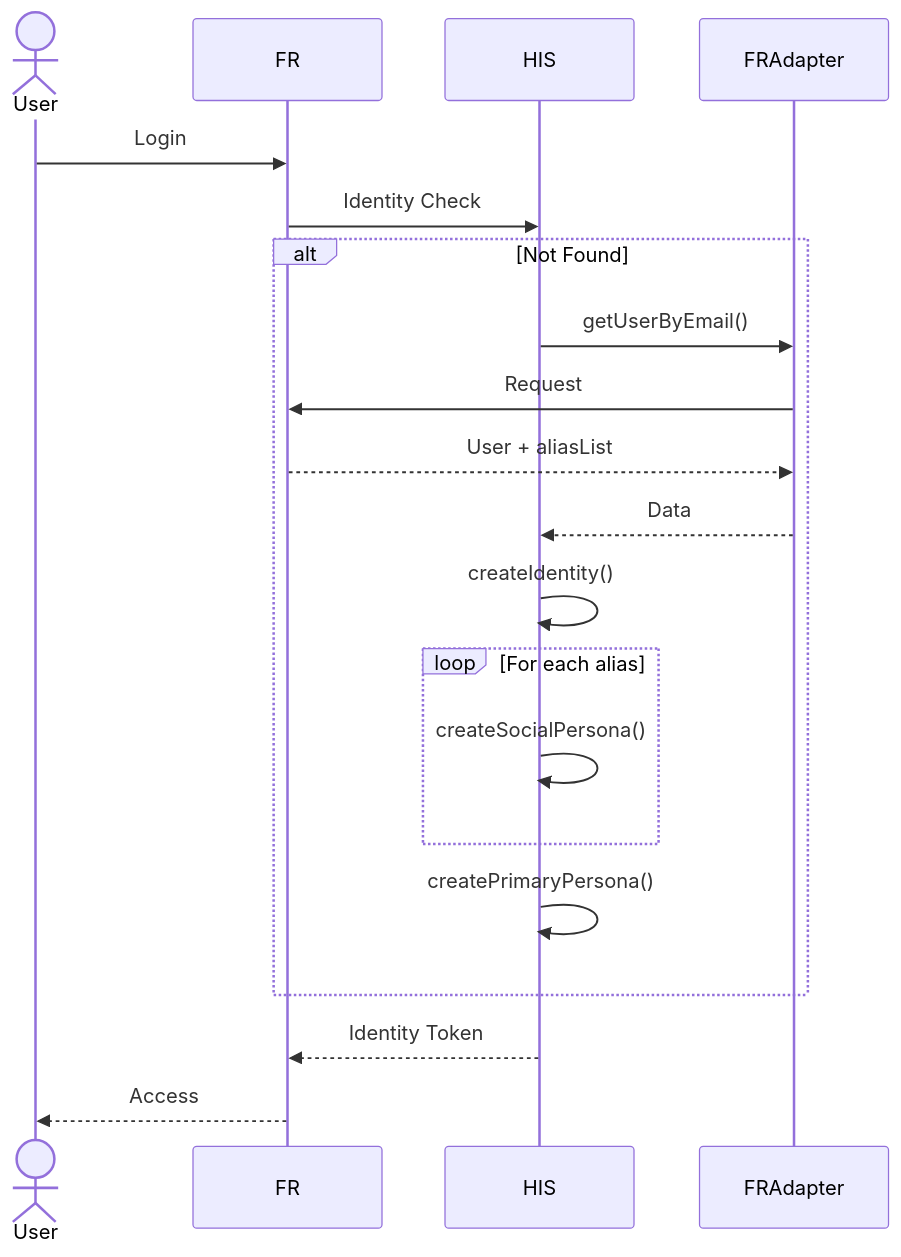
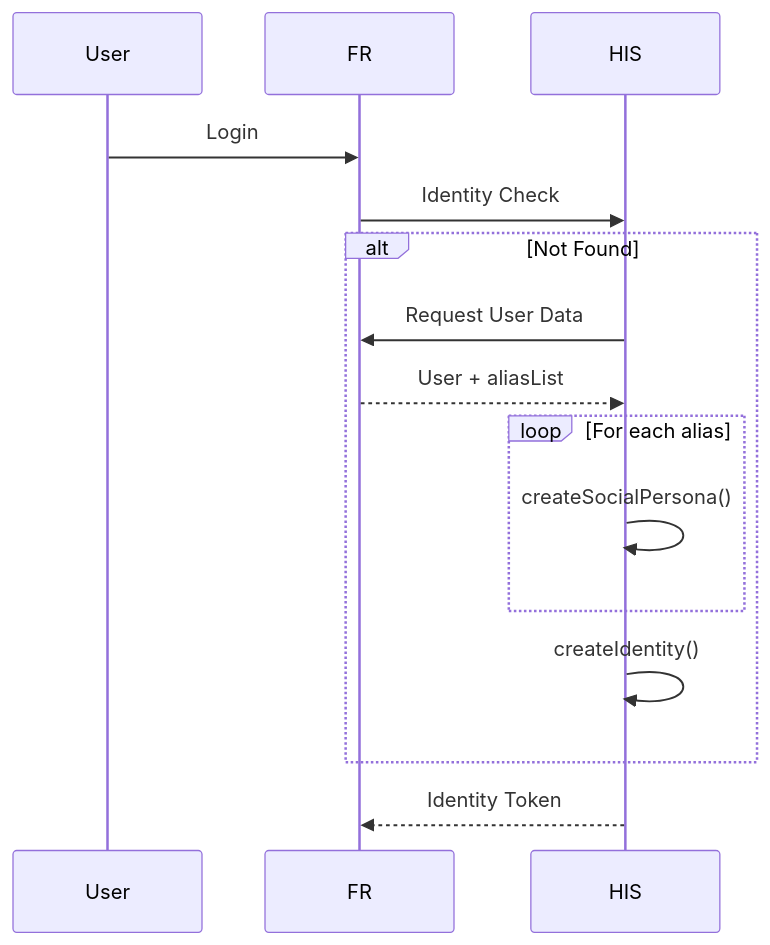
Before and after one commit to ahmedHanie93/Personal-projects: the third of 12 diagrams in MorganStanely/test2.md, drawn with Mermaid. The commit also changed other lines of this file, not shown here.

````diff
--- a/MorganStanely/test2.md
+++ b/MorganStanely/test2.md
@@ -75,22 +75,14 @@
 ```mermaid
 sequenceDiagram
-    actor User
-    participant FR
-    participant HIS
-    participant FRAdapter
     User ->> FR: Login
     FR ->> HIS: Identity Check
     alt Not Found
-        HIS ->> FRAdapter: getUserByEmail()
-        FRAdapter ->> FR: Request
-        FR -->> FRAdapter: User + aliasList
-        FRAdapter -->> HIS: Data
-        HIS ->> HIS: createIdentity()
+        HIS ->> FR: Request User Data
+        FR -->> HIS: User + aliasList
         loop For each alias
             HIS ->> HIS: createSocialPersona()
         end
-        HIS ->> HIS: createPrimaryPersona()
+        HIS ->> HIS: createIdentity()
     end
     HIS -->> FR: Identity Token
-    FR -->> User: Access
 ```
````
